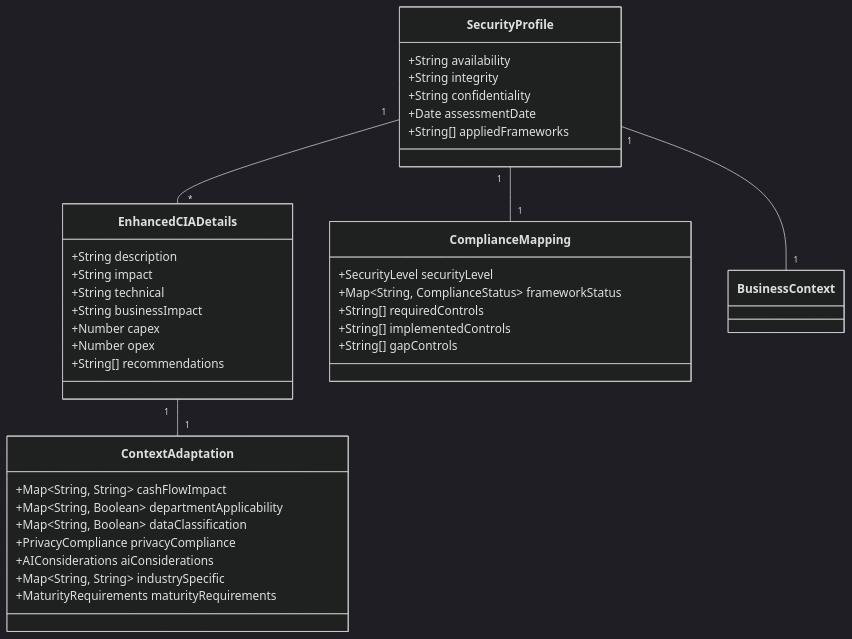
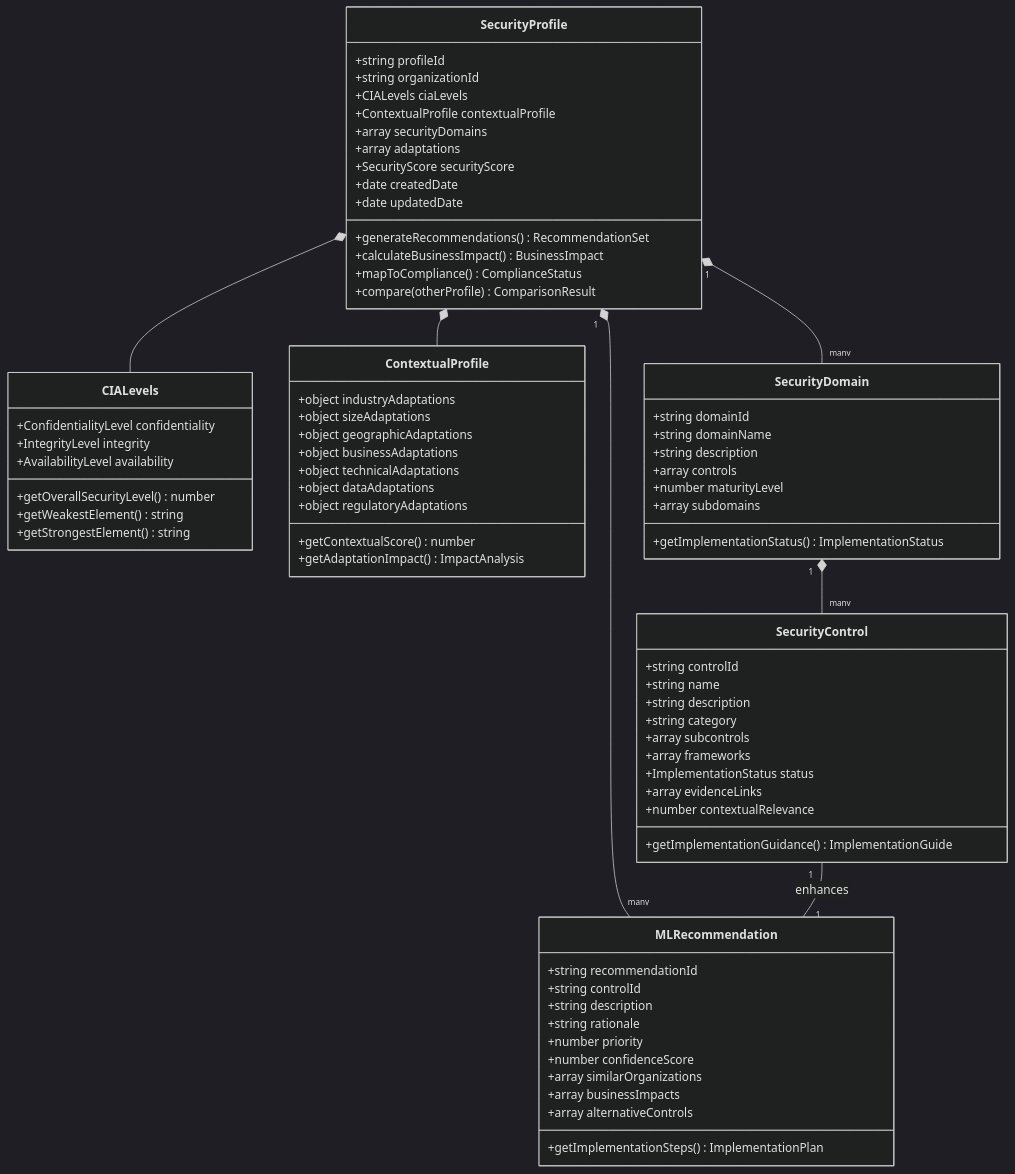
The third of 13 diagrams in docs/architecture/FUTURE_DATA_MODEL.md (Hack23/cia-compliance-manager), drawn with Mermaid (dark theme) before and after one commit. The commit also changed other lines of this file, not shown here.

````diff
--- a/docs/architecture/FUTURE_DATA_MODEL.md
+++ b/docs/architecture/FUTURE_DATA_MODEL.md
@@ -98,43 +258,82 @@
 ```mermaid
 classDiagram
     class SecurityProfile {
-        +String availability
-        +String integrity
-        +String confidentiality
-        +Date assessmentDate
-        +String[] appliedFrameworks
+        +string profileId
+        +string organizationId
+        +CIALevels ciaLevels
+        +ContextualProfile contextualProfile
+        +array securityDomains
+        +array adaptations
+        +SecurityScore securityScore
+        +date createdDate
+        +date updatedDate
+        +generateRecommendations() RecommendationSet
+        +calculateBusinessImpact() BusinessImpact
+        +mapToCompliance() ComplianceStatus
+        +compare(otherProfile) ComparisonResult
     }
-
-    class EnhancedCIADetails {
-        +String description
-        +String impact
-        +String technical
-        +String businessImpact
-        +Number capex
-        +Number opex
-        +String[] recommendations
+    
+    class CIALevels {
+        +ConfidentialityLevel confidentiality
+        +IntegrityLevel integrity
+        +AvailabilityLevel availability
+        +getOverallSecurityLevel() number
+        +getWeakestElement() string
+        +getStrongestElement() string
     }
-
-    class ContextAdaptation {
-        +Map~String, String~ cashFlowImpact
-        +Map~String, Boolean~ departmentApplicability
-        +Map~String, Boolean~ dataClassification
-        +PrivacyCompliance privacyCompliance
-        +AIConsiderations aiConsiderations
-        +Map~String, String~ industrySpecific
-        +MaturityRequirements maturityRequirements
+    
+    class ContextualProfile {
+        +object industryAdaptations
+        +object sizeAdaptations
+        +object geographicAdaptations
+        +object businessAdaptations
+        +object technicalAdaptations
+        +object dataAdaptations
+        +object regulatoryAdaptations
+        +getContextualScore() number
+        +getAdaptationImpact() ImpactAnalysis
     }
-
-    class ComplianceMapping {
-        +SecurityLevel securityLevel
-        +Map~String, ComplianceStatus~ frameworkStatus
-        +String[] requiredControls
-        +String[] implementedControls
-        +String[] gapControls
+    
+    class SecurityDomain {
+        +string domainId
+        +string domainName
+        +string description
+        +array controls
+        +number maturityLevel
+        +array subdomains
+        +getImplementationStatus() ImplementationStatus
     }
-
-    SecurityProfile "1" -- "*" EnhancedCIADetails
-    SecurityProfile "1" -- "1" BusinessContext
-    SecurityProfile "1" -- "1" ComplianceMapping
-    EnhancedCIADetails "1" -- "1" ContextAdaptation
+    
+    class SecurityControl {
+        +string controlId
+        +string name
+        +string description
+        +string category
+        +array subcontrols
+        +array frameworks
+        +ImplementationStatus status
+        +array evidenceLinks
+        +number contextualRelevance
+        +getImplementationGuidance() ImplementationGuide
+    }
+    
+    class MLRecommendation {
+        +string recommendationId
+        +string controlId
+        +string description
+        +string rationale
+        +number priority
+        +number confidenceScore
+        +array similarOrganizations
+        +array businessImpacts
+        +array alternativeControls
+        +getImplementationSteps() ImplementationPlan
+    }
+    
+    SecurityProfile *-- CIALevels
+    SecurityProfile *-- ContextualProfile
+    SecurityProfile "1" *-- "many" SecurityDomain
+    SecurityDomain "1" *-- "many" SecurityControl
+    SecurityProfile "1" *-- "many" MLRecommendation
+    SecurityControl "1" -- "1" MLRecommendation : enhances
 ```
````
